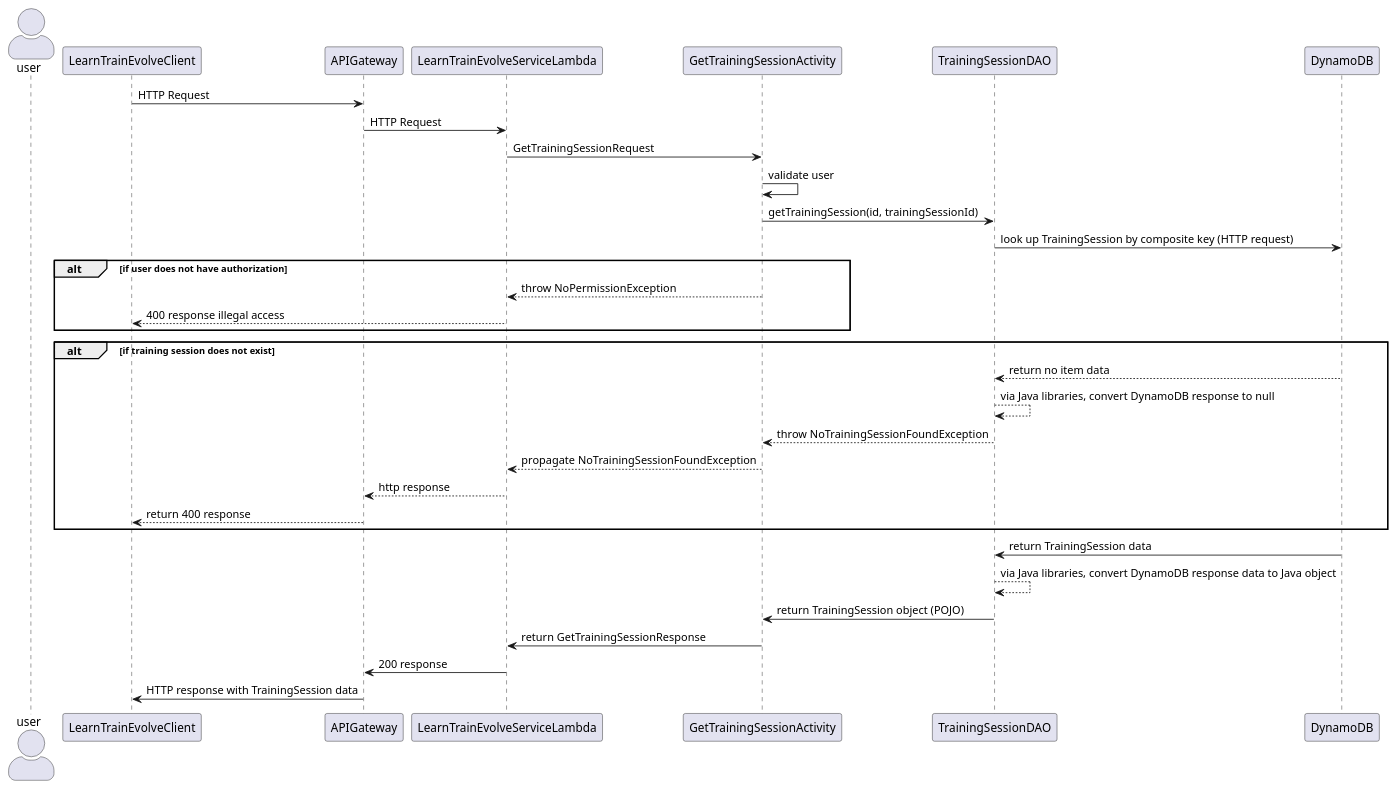
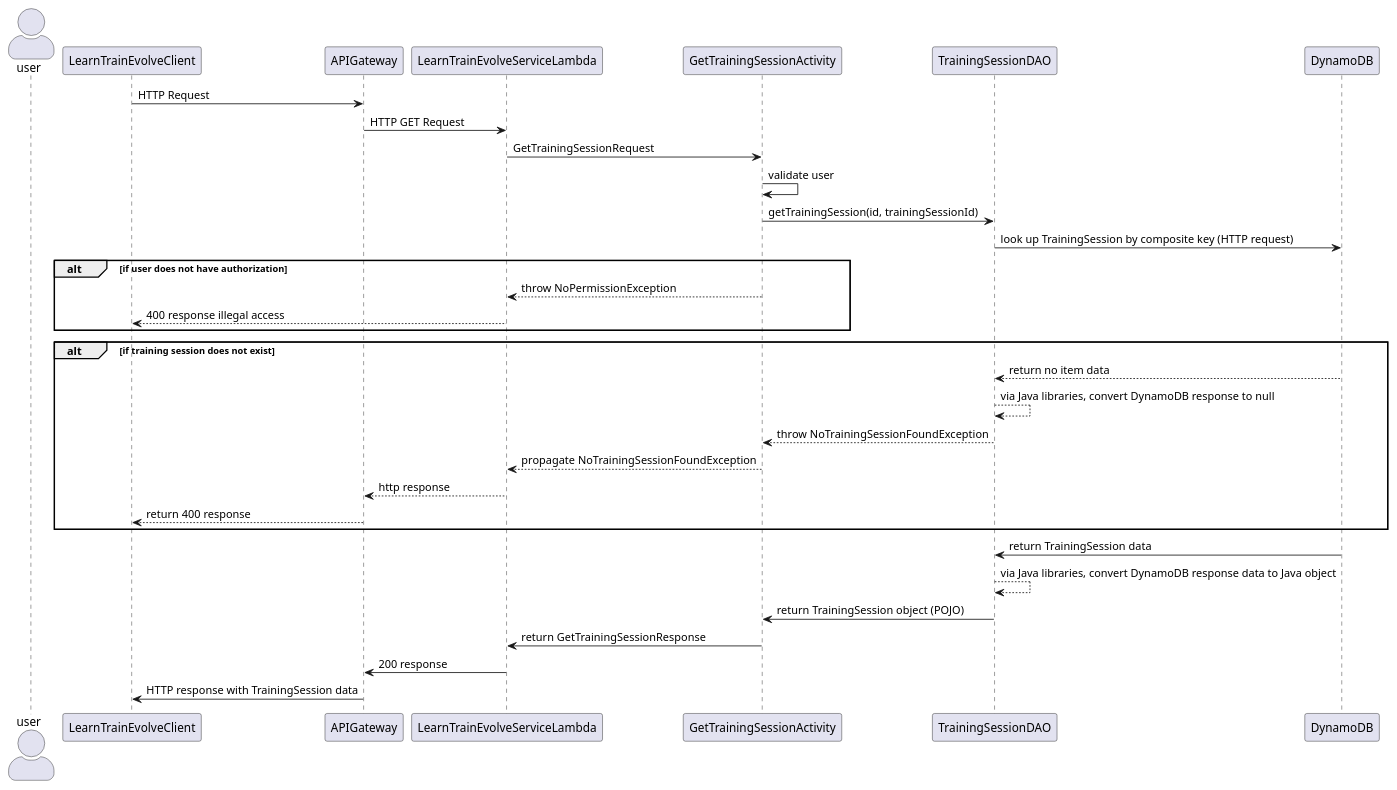
One commit to pemheath/learn-train-evolve changed the diagram in app/src/main/resources/GetTrainingSessionSequenceDiagram.puml. Above: the diagram before and after it, drawn with PlantUML. The commit also changed 30 other files, not shown here.

```diff
--- a/app/src/main/resources/GetTrainingSessionSequenceDiagram.puml
+++ b/app/src/main/resources/GetTrainingSessionSequenceDiagram.puml
@@ -1,36 +1,36 @@
 @startuml
 
 'https://plantuml.com/sequence-diagram
 skinparam actorStyle awesome
 
 actor user
 
 LearnTrainEvolveClient -> APIGateway : HTTP Request
-APIGateway -> LearnTrainEvolveServiceLambda : HTTP Request
+APIGateway -> LearnTrainEvolveServiceLambda : HTTP GET Request
 LearnTrainEvolveServiceLambda -> GetTrainingSessionActivity : GetTrainingSessionRequest
 GetTrainingSessionActivity -> GetTrainingSessionActivity : validate user
 GetTrainingSessionActivity -> TrainingSessionDAO: getTrainingSession(id, trainingSessionId)
 TrainingSessionDAO -> DynamoDB : look up TrainingSession by composite key (HTTP request)
 
 alt if user does not have authorization
 GetTrainingSessionActivity --> LearnTrainEvolveServiceLambda : throw NoPermissionException
 LearnTrainEvolveServiceLambda --> LearnTrainEvolveClient : 400 response illegal access
 end
 
 alt if training session does not exist
 DynamoDB --> TrainingSessionDAO : return no item data
 TrainingSessionDAO --> TrainingSessionDAO : via Java libraries, convert DynamoDB response to null
 TrainingSessionDAO --> GetTrainingSessionActivity: throw NoTrainingSessionFoundException
 GetTrainingSessionActivity --> LearnTrainEvolveServiceLambda : propagate NoTrainingSessionFoundException
 LearnTrainEvolveServiceLambda --> APIGateway : http response
 APIGateway --> LearnTrainEvolveClient : return 400 response
 end
 
 DynamoDB -> TrainingSessionDAO : return TrainingSession data
 TrainingSessionDAO --> TrainingSessionDAO : via Java libraries, convert DynamoDB response data to Java object
 TrainingSessionDAO -> GetTrainingSessionActivity: return TrainingSession object (POJO)
 GetTrainingSessionActivity -> LearnTrainEvolveServiceLambda : return GetTrainingSessionResponse
 LearnTrainEvolveServiceLambda -> APIGateway : 200 response
 APIGateway -> LearnTrainEvolveClient : HTTP response with TrainingSession data
 
 @enduml
```
